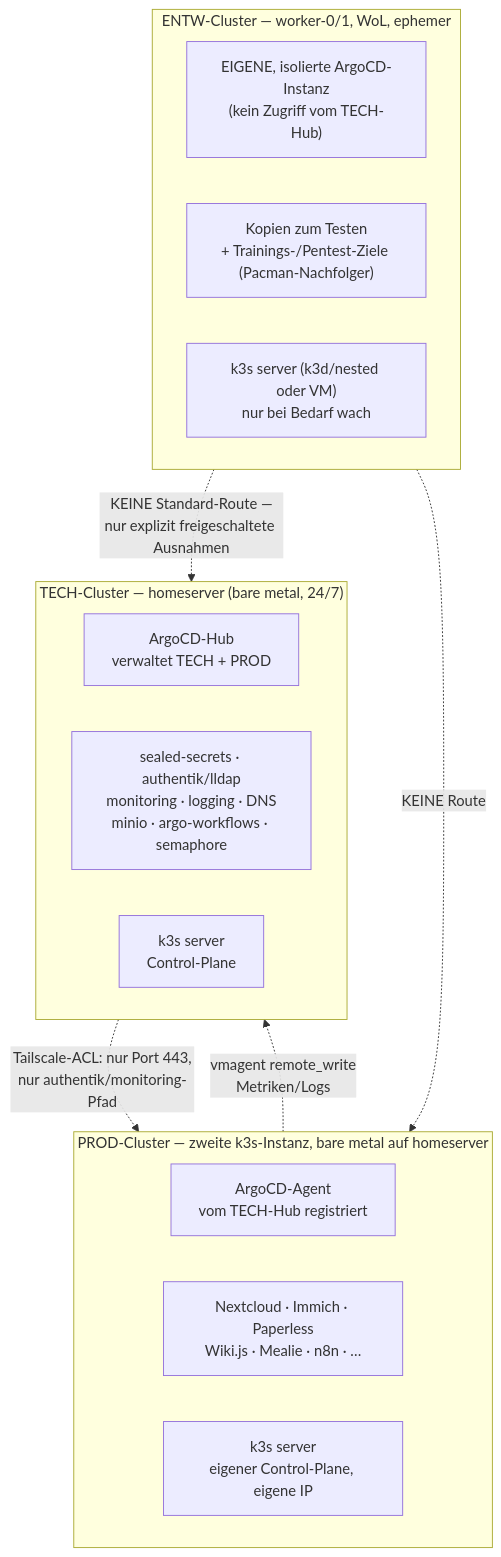
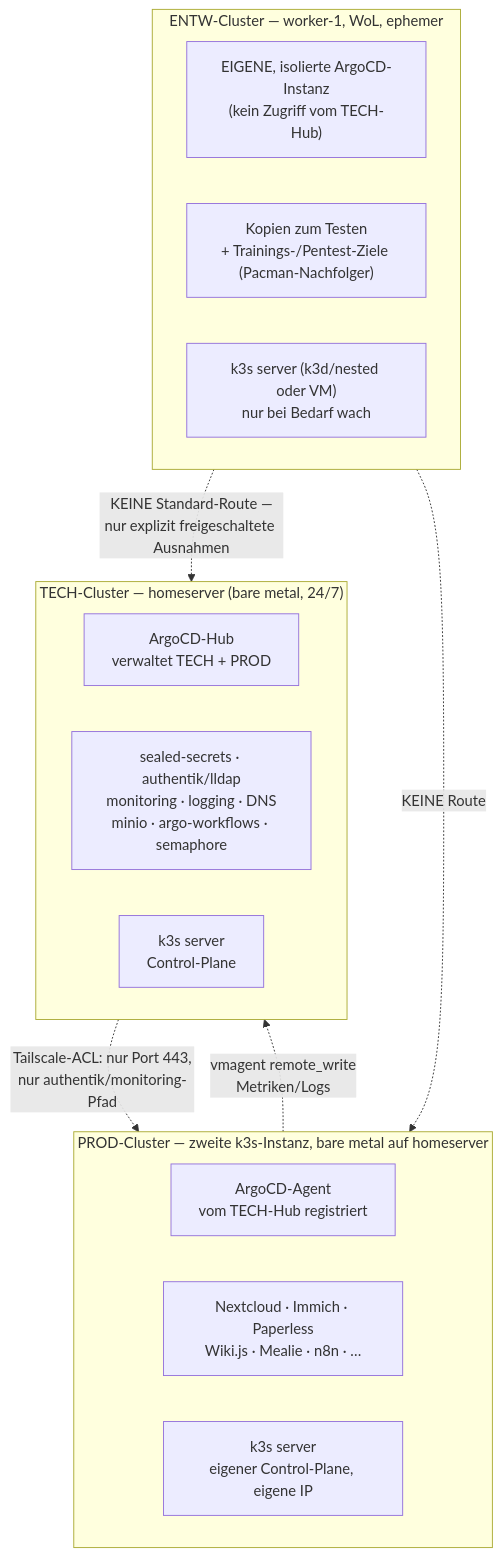
Before and after one commit to pkr-lab/capulus-core: the first of 2 diagrams in docs/4-planung/40080-multi-cluster-entw-prod-tech.md, drawn with Mermaid. The commit also changed other lines of this file, not shown here.

Commit message:
feat: enhance multi-cluster architecture documentation and CI/CD pipeline details

````diff
--- a/docs/4-planung/40080-multi-cluster-entw-prod-tech.md
+++ b/docs/4-planung/40080-multi-cluster-entw-prod-tech.md
@@ -138,28 +138,28 @@
 ```mermaid
 flowchart TB
     subgraph TECH["TECH-Cluster — homeserver (bare metal, 24/7)"]
         direction LR
         T1["ArgoCD-Hub<br/>verwaltet TECH + PROD"]
         T2["sealed-secrets · authentik/lldap<br/>monitoring · logging · DNS<br/>minio · argo-workflows · semaphore"]
         T3["k3s server<br/>Control-Plane"]
     end
 
     subgraph PROD["PROD-Cluster — zweite k3s-Instanz, bare metal auf homeserver"]
         direction LR
         P1["ArgoCD-Agent<br/>vom TECH-Hub registriert"]
         P2["Nextcloud · Immich · Paperless<br/>Wiki.js · Mealie · n8n · …"]
         P3["k3s server<br/>eigener Control-Plane, eigene IP"]
     end
 
-    subgraph ENTW["ENTW-Cluster — worker-0/1, WoL, ephemer"]
+    subgraph ENTW["ENTW-Cluster — worker-1, WoL, ephemer"]
         direction LR
         E1["EIGENE, isolierte ArgoCD-Instanz<br/>(kein Zugriff vom TECH-Hub)"]
         E2["Kopien zum Testen<br/>+ Trainings-/Pentest-Ziele (Pacman-Nachfolger)"]
         E3["k3s server (k3d/nested oder VM)<br/>nur bei Bedarf wach"]
     end
 
     TECH -.->|"Tailscale-ACL: nur Port 443,<br/>nur authentik/monitoring-Pfad"| PROD
     PROD -.->|"vmagent remote_write<br/>Metriken/Logs"| TECH
     ENTW -.->|"KEINE Standard-Route —<br/>nur explizit freigeschaltete Ausnahmen"| TECH
     ENTW -.->|"KEINE Route"| PROD
 ```
````
